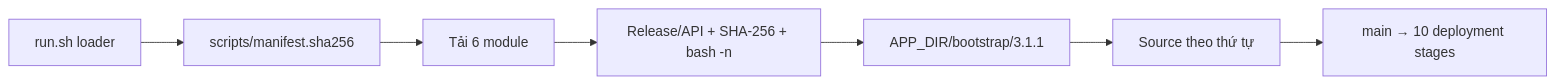
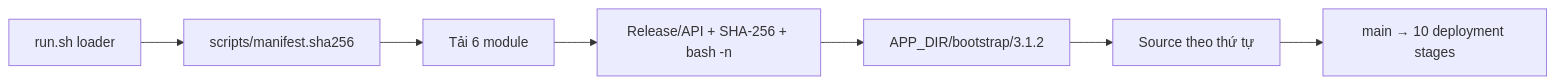
The second of 2 diagrams in TestHash/README.md (kuronoFS/KiQuai), drawn with Mermaid before and after one commit. The commit also changed other lines of this file and 8 other files, not shown here.

````diff
--- a/TestHash/README.md
+++ b/TestHash/README.md
@@ -36,9 +36,9 @@
 ```mermaid
 flowchart LR
     Run["run.sh loader"] --> Manifest["scripts/manifest.sha256"]
     Manifest --> Download["Tải 6 module"]
     Download --> Verify["Release/API + SHA-256 + bash -n"]
-    Verify --> Cache["APP_DIR/bootstrap/3.1.1"]
+    Verify --> Cache["APP_DIR/bootstrap/3.1.2"]
     Cache --> Source["Source theo thứ tự"]
     Source --> Deploy["main → 10 deployment stages"]
 ```
````
